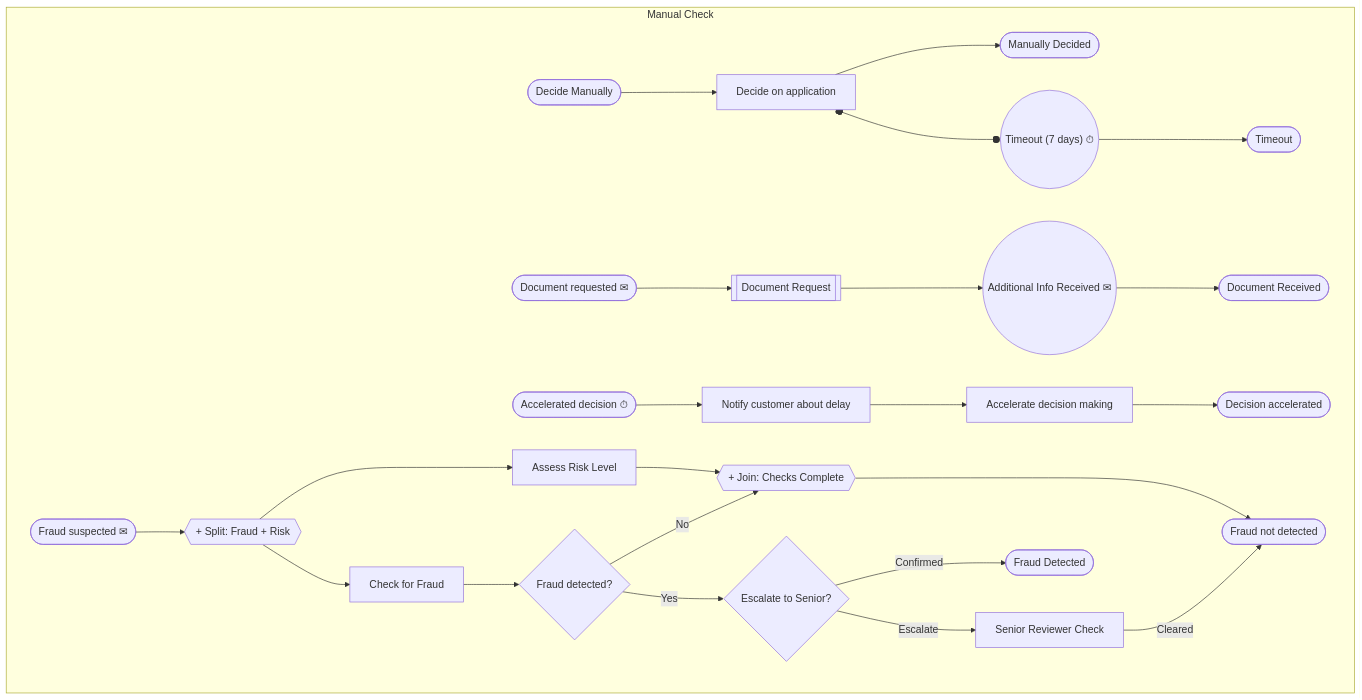
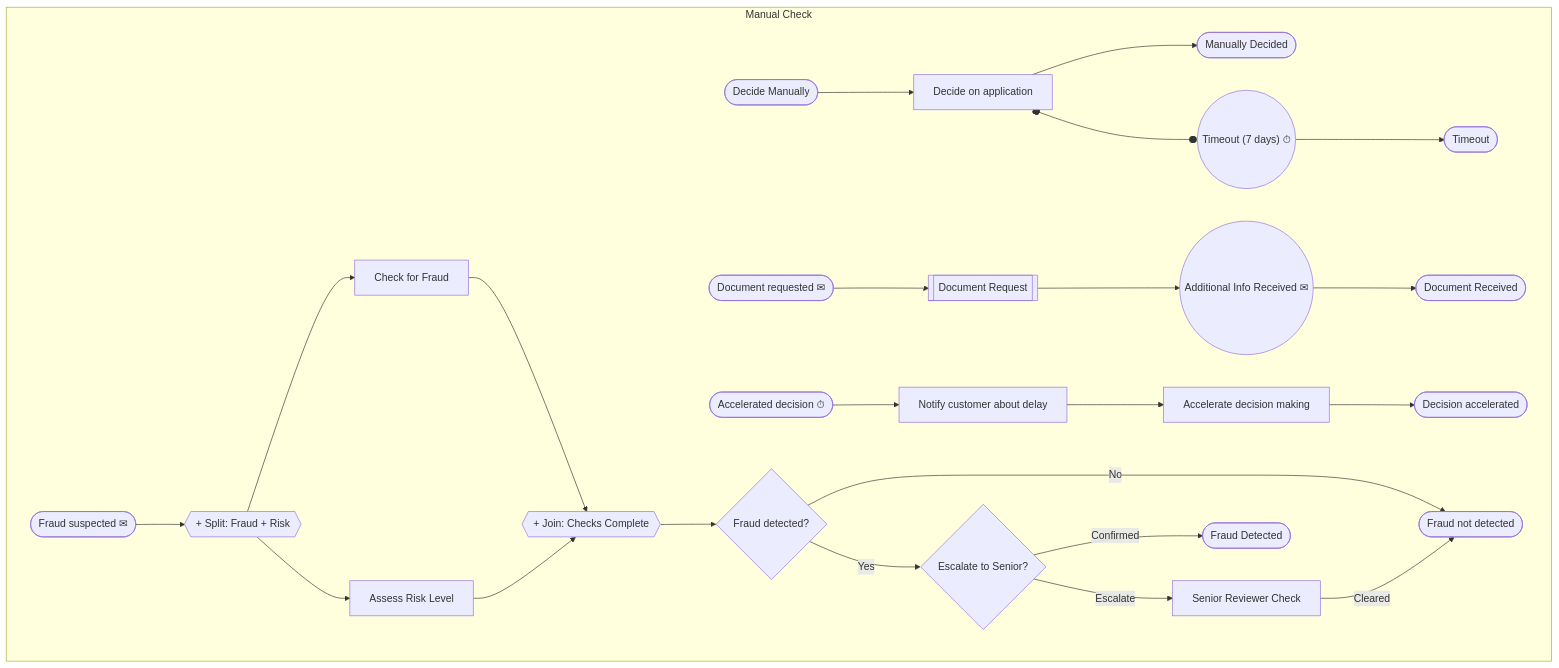
One commit to Colinho22/maestro changed the diagram in data/24_bpmn_3_ground_truth.MMD. Above: the diagram before and after it, drawn with Mermaid. The commit also changed 4 other files, not shown here.

```diff
--- a/data/24_bpmn_3_ground_truth.MMD
+++ b/data/24_bpmn_3_ground_truth.MMD
@@ -1,72 +1,72 @@
 ---
 config:
   theme: default
 ---
 flowchart LR
     subgraph pool_manual_check["Manual Check"]
         direction LR
 
         %% Manual decision path
         start_decide_manually(["Decide Manually"])
         user_decide_on_app["Decide on application"]
         boundary_timeout_7d(("Timeout (7 days) ⏱"))
         end_manually_decided(["Manually Decided"])
         end_timeout(["Timeout"])
 
         %% Document path
         start_doc_requested(["Document requested ✉"])
         call_doc_request[["Document Request"]]
         icatch_additional_info(("Additional Info Received ✉"))
         end_doc_received(["Document Received"])
 
         %% Accelerated path
         start_accelerated(["Accelerated decision ⏱"])
         send_notify_delay["Notify customer about delay"]
         user_accelerate["Accelerate decision making"]
         end_decision_accelerated(["Decision accelerated"])
 
         %% Fraud path — expanded with parallel split + escalation
         start_fraud_suspected(["Fraud suspected ✉"])
         pgw_split_fraud_risk{{"+ Split: Fraud + Risk"}}
         user_check_fraud["Check for Fraud"]
         user_assess_risk["Assess Risk Level"]
         xgw_fraud_detected{"Fraud detected?"}
         pgw_join_fraud_risk{{"+ Join: Checks Complete"}}
         end_fraud_not_detected(["Fraud not detected"])
         xgw_escalate{"Escalate to Senior?"}
         user_senior_review["Senior Reviewer Check"]
         end_fraud_detected(["Fraud Detected"])
     end
 
     %% Manual decision
     start_decide_manually --> user_decide_on_app
     user_decide_on_app --> end_manually_decided
     user_decide_on_app o--o boundary_timeout_7d
     boundary_timeout_7d --> end_timeout
 
     %% Document path (extended)
     start_doc_requested --> call_doc_request
     call_doc_request --> icatch_additional_info
     icatch_additional_info --> end_doc_received
 
     %% Accelerated path
     start_accelerated --> send_notify_delay
     send_notify_delay --> user_accelerate
     user_accelerate --> end_decision_accelerated
 
     %% Fraud path — parallel split
     start_fraud_suspected --> pgw_split_fraud_risk
     pgw_split_fraud_risk --> user_check_fraud
     pgw_split_fraud_risk --> user_assess_risk
-    user_check_fraud --> xgw_fraud_detected
+    user_check_fraud --> pgw_join_fraud_risk
     user_assess_risk --> pgw_join_fraud_risk
 
-    %% Fraud gateway routing
-    xgw_fraud_detected -->|"No"| pgw_join_fraud_risk
-    pgw_join_fraud_risk --> end_fraud_not_detected
+    %% Fraud gateway routing — both checks join before the decision
+    pgw_join_fraud_risk --> xgw_fraud_detected
+    xgw_fraud_detected -->|"No"| end_fraud_not_detected
 
     %% Escalation path
     xgw_fraud_detected -->|"Yes"| xgw_escalate
     xgw_escalate -->|"Escalate"| user_senior_review
     xgw_escalate -->|"Confirmed"| end_fraud_detected
     user_senior_review -->|"Cleared"| end_fraud_not_detected
```
